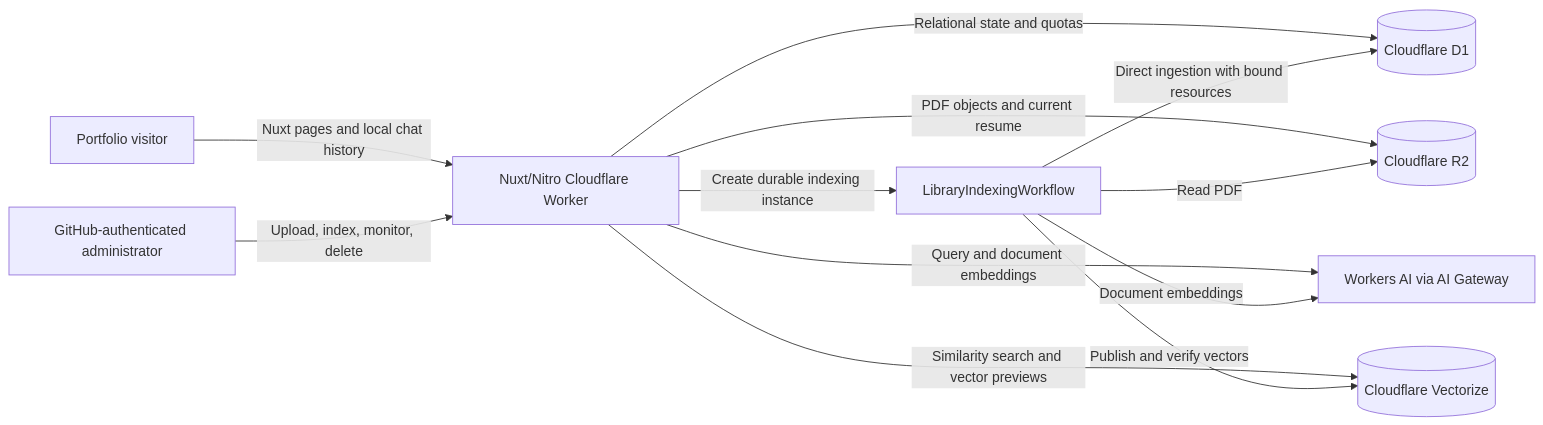
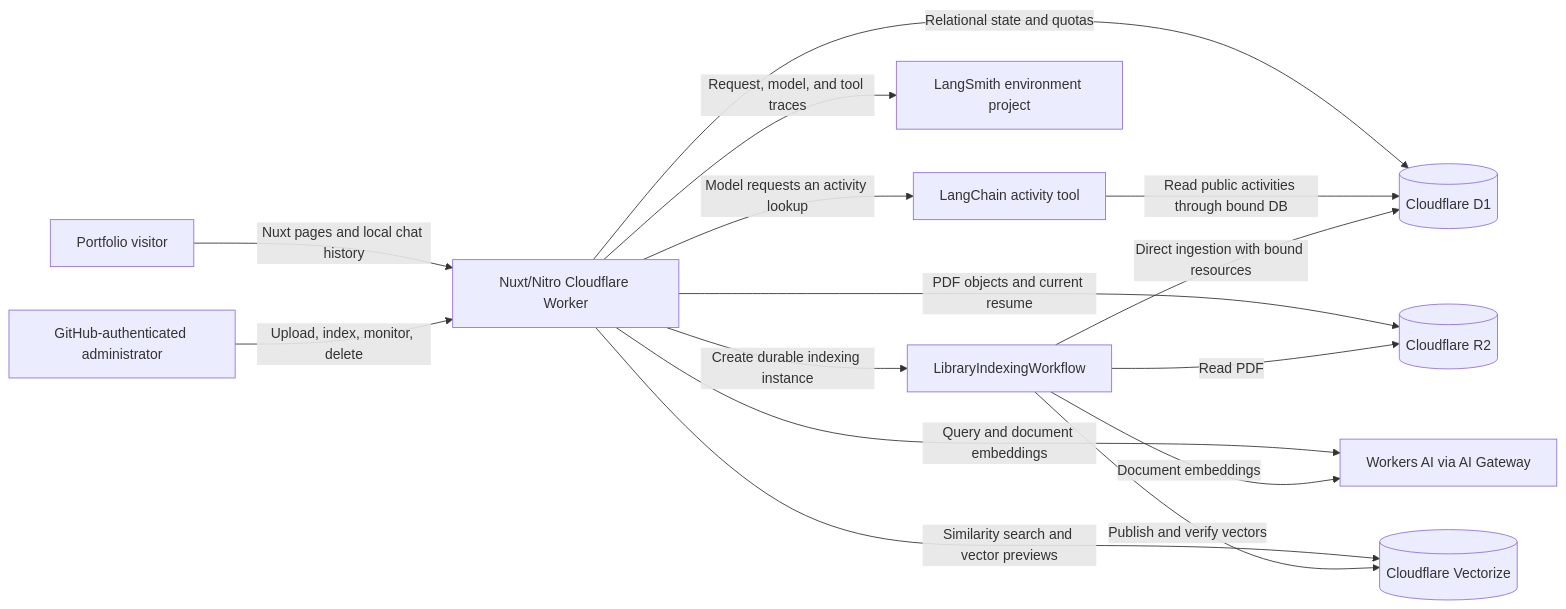
One commit to Beanmommo/leonardoprasetyo changed the diagram in docs/TECHNICAL_DOCUMENTATION.md. Above: the diagram before and after it, drawn with Mermaid. The commit also changed other lines of this file and 20 other files, not shown here.

First line of the commit message:
feat: integrate LangSmith tracing and activity tool for enhanced AI interactions

````diff
--- a/docs/TECHNICAL_DOCUMENTATION.md
+++ b/docs/TECHNICAL_DOCUMENTATION.md
@@ -28,15 +29,18 @@
 ```mermaid
 flowchart LR
     Visitor[Portfolio visitor] -->|Nuxt pages and local chat history| Worker[Nuxt/Nitro Cloudflare Worker]
     Admin[GitHub-authenticated administrator] -->|Upload, index, monitor, delete| Worker
 
     Worker -->|Relational state and quotas| D1[(Cloudflare D1)]
+    Worker -->|Model requests an activity lookup| ActivityTool[LangChain activity tool]
+    ActivityTool -->|Read public activities through bound DB| D1
+    Worker -->|Request, model, and tool traces| LangSmith[LangSmith environment project]
     Worker -->|PDF objects and current resume| R2[(Cloudflare R2)]
     Worker -->|Query and document embeddings| AI[Workers AI via AI Gateway]
     Worker -->|Similarity search and vector previews| Vectorize[(Cloudflare Vectorize)]
     Worker -->|Create durable indexing instance| Workflow[LibraryIndexingWorkflow]
     Workflow -->|Direct ingestion with bound resources| D1
     Workflow -->|Read PDF| R2
     Workflow -->|Document embeddings| AI
     Workflow -->|Publish and verify vectors| Vectorize
 ```
````
